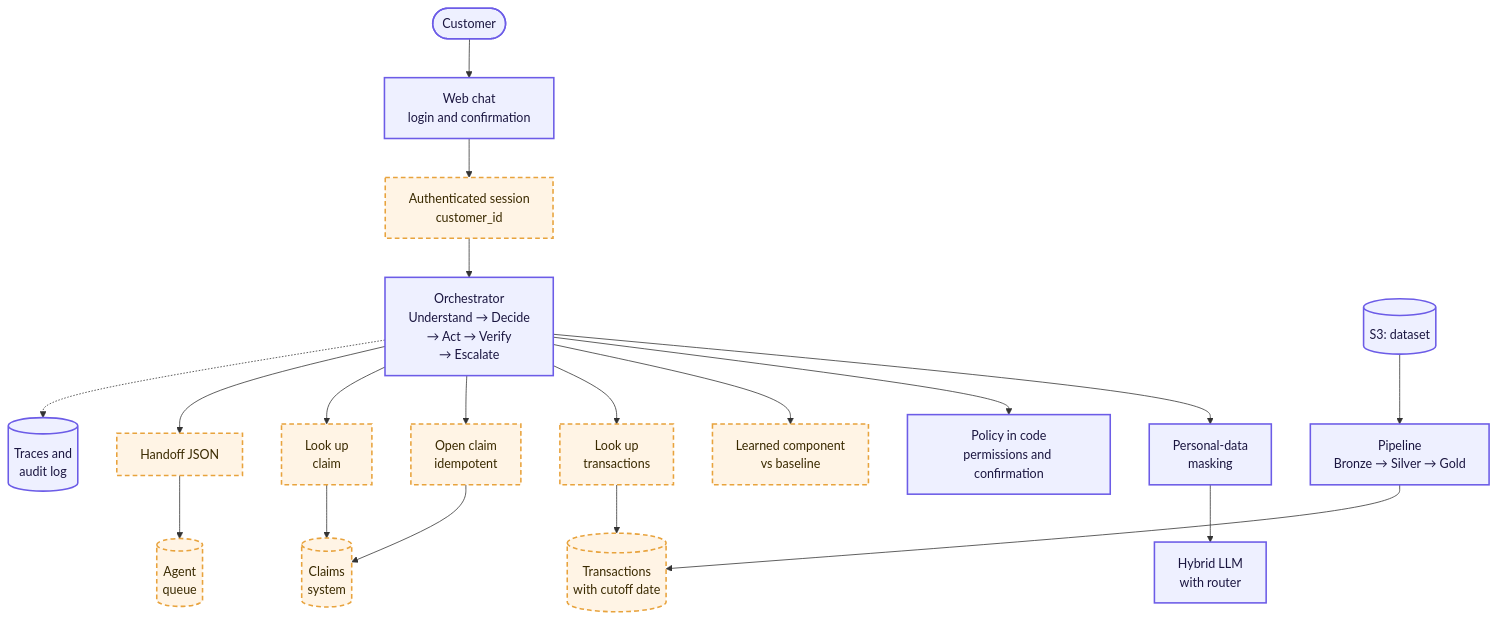
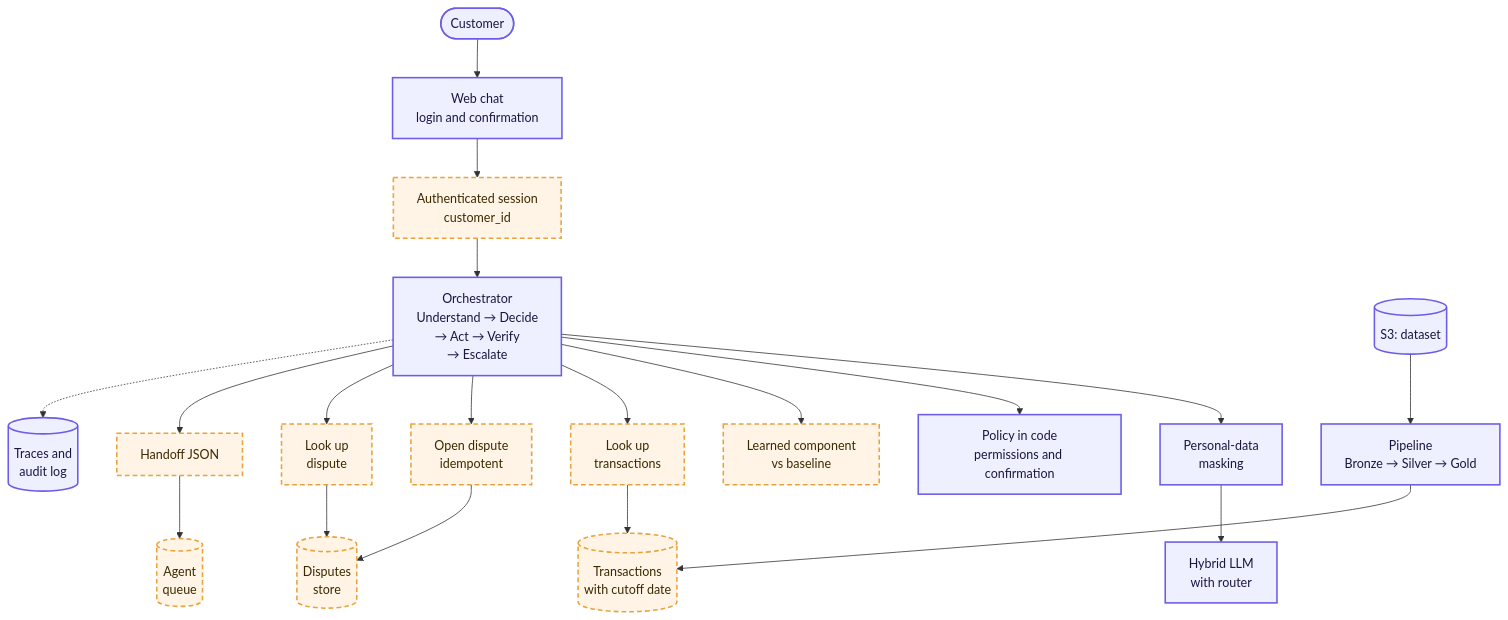
The second of 4 diagrams in docs/understand/architecture.md (rdorta27/factored-hackathon-2026-sentinel-engine), drawn with Mermaid before and after one commit. The commit also changed other lines of this file and 13 other files, not shown here.

````diff
--- a/docs/understand/architecture.md
+++ b/docs/understand/architecture.md
@@ -37,19 +37,19 @@
 ```mermaid
 flowchart TB
     client([Customer]) --> chat["Web chat<br/>login and confirmation"] --> auth["Authenticated session<br/>customer_id"] --> orch["Orchestrator<br/>Understand → Decide<br/>→ Act → Verify<br/>→ Escalate"]
 
     orch --> pii["Personal-data<br/>masking"] --> llm["Hybrid LLM<br/>with router"]
     orch --> policy["Policy in code<br/>permissions and confirmation"]
     orch --> ml["Learned component<br/>vs baseline"]
     orch --> read["Look up<br/>transactions"] --> gold[("Transactions<br/>with cutoff date")]
-    orch --> open["Open claim<br/>idempotent"] --> claims[("Claims<br/>system")]
-    orch --> verify["Look up<br/>claim"] --> claims
+    orch --> open["Open dispute<br/>idempotent"] --> disputes[("Disputes<br/>store")]
+    orch --> verify["Look up<br/>dispute"] --> disputes
     orch --> handoff["Handoff JSON"] --> agents[("Agent<br/>queue")]
     orch -.-> traces[("Traces and<br/>audit log")]
     s3[("S3: dataset")] --> pipeline["Pipeline<br/>Bronze → Silver → Gold"] --> gold
 
     classDef mock fill:#fff4e5,stroke:#e8a33d,stroke-width:2px,stroke-dasharray:6 4,color:#3a2a00
     classDef real fill:#eef0ff,stroke:#6c5ce7,stroke-width:2px,color:#1b1640
-    class auth,ml,read,open,verify,handoff,gold,claims,agents mock
+    class auth,ml,read,open,verify,handoff,gold,disputes,agents mock
     class client,chat,orch,pii,policy,llm,pipeline,traces,s3 real
 ```
````
